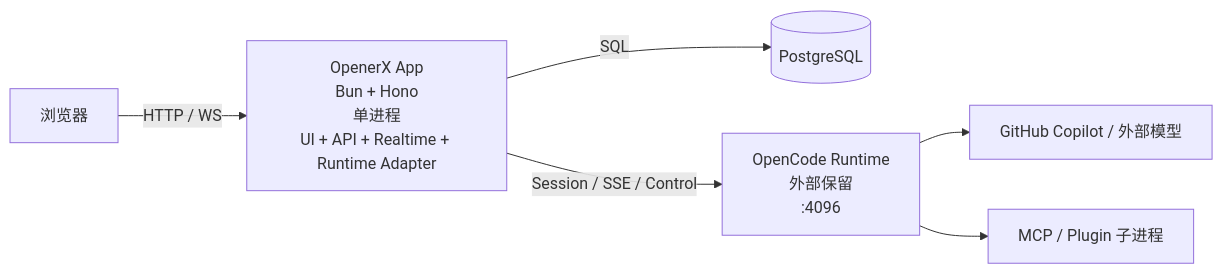
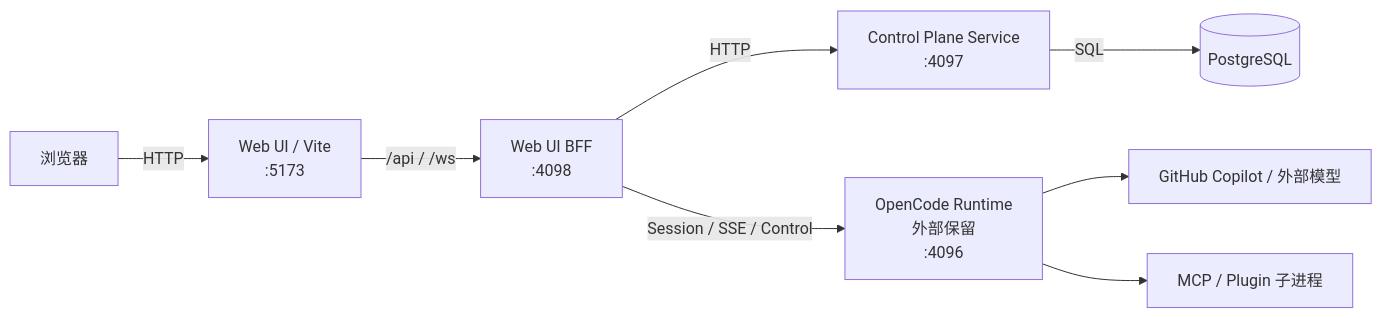
The diagram in docs/postgres-single-process-migration-plan.md (openerserver/openerx), drawn with Mermaid before and after one commit. The commit also changed other lines of this file and 33 other files, not shown here.

````diff
--- a/docs/postgres-single-process-migration-plan.md
+++ b/docs/postgres-single-process-migration-plan.md
@@ -87,15 +88,19 @@
 ```mermaid
 flowchart LR
     Browser["浏览器"]
-    App["OpenerX App\nBun + Hono\n单进程\nUI + API + Realtime + Runtime Adapter"]
+      UI["Web UI / Vite\n:5173"]
+      BFF["Web UI BFF\n:4098"]
+      CP["Control Plane Service\n:4097"]
     PG[("PostgreSQL")]
     OCR["OpenCode Runtime\n外部保留\n:4096"]
     Model["GitHub Copilot / 外部模型"]
     MCP["MCP / Plugin 子进程"]
 
-    Browser -->|HTTP / WS| App
-    App -->|SQL| PG
-    App -->|Session / SSE / Control| OCR
+      Browser -->|HTTP| UI
+      UI -->|/api / /ws| BFF
+      BFF -->|HTTP| CP
+      CP -->|SQL| PG
+      BFF -->|Session / SSE / Control| OCR
     OCR --> Model
     OCR --> MCP
 ```
````
